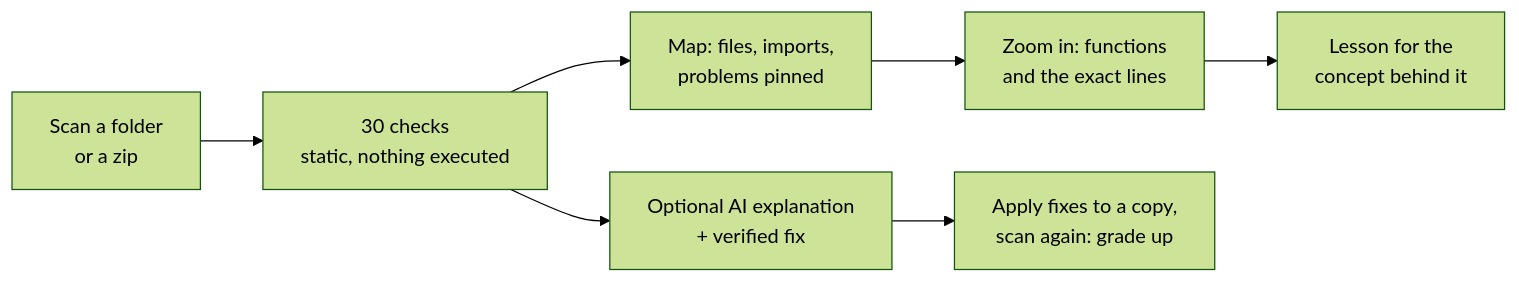
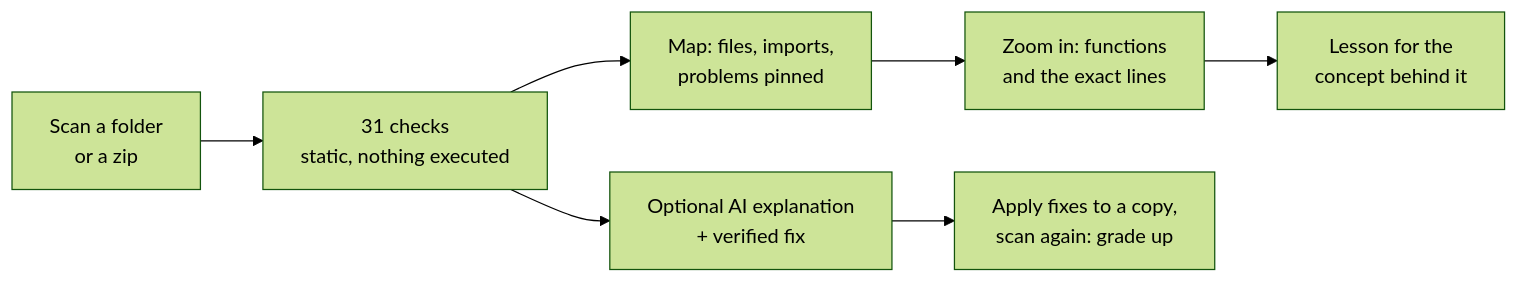
One commit to OmarAbuLayla/shipshape changed the diagram in README.md. Above: the diagram before and after it, drawn with Mermaid (forest theme). The commit also changed other lines of this file and 9 other files, not shown here.

````diff
--- a/README.md
+++ b/README.md
@@ -13,9 +13,9 @@
 ```mermaid
 flowchart LR
-    A[Scan a folder<br/>or a zip] --> B[30 checks<br/>static, nothing executed]
+    A[Scan a folder<br/>or a zip] --> B[31 checks<br/>static, nothing executed]
     B --> C[Map: files, imports,<br/>problems pinned]
     C --> D[Zoom in: functions<br/>and the exact lines]
     B --> E[Optional AI explanation<br/>+ verified fix]
     E --> F[Apply fixes to a copy,<br/>scan again: grade up]
     D --> G[Lesson for the<br/>concept behind it]
 ```
````
